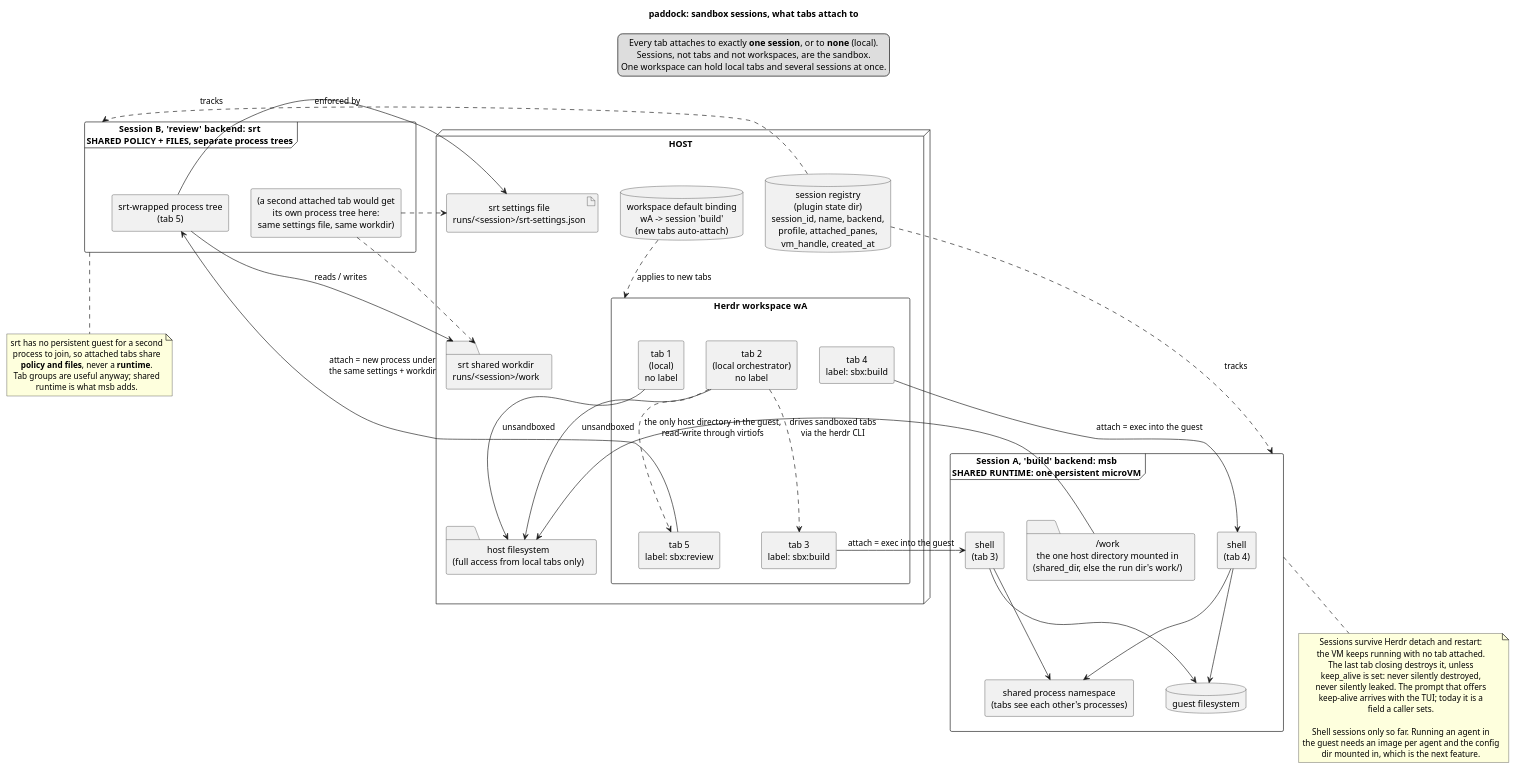
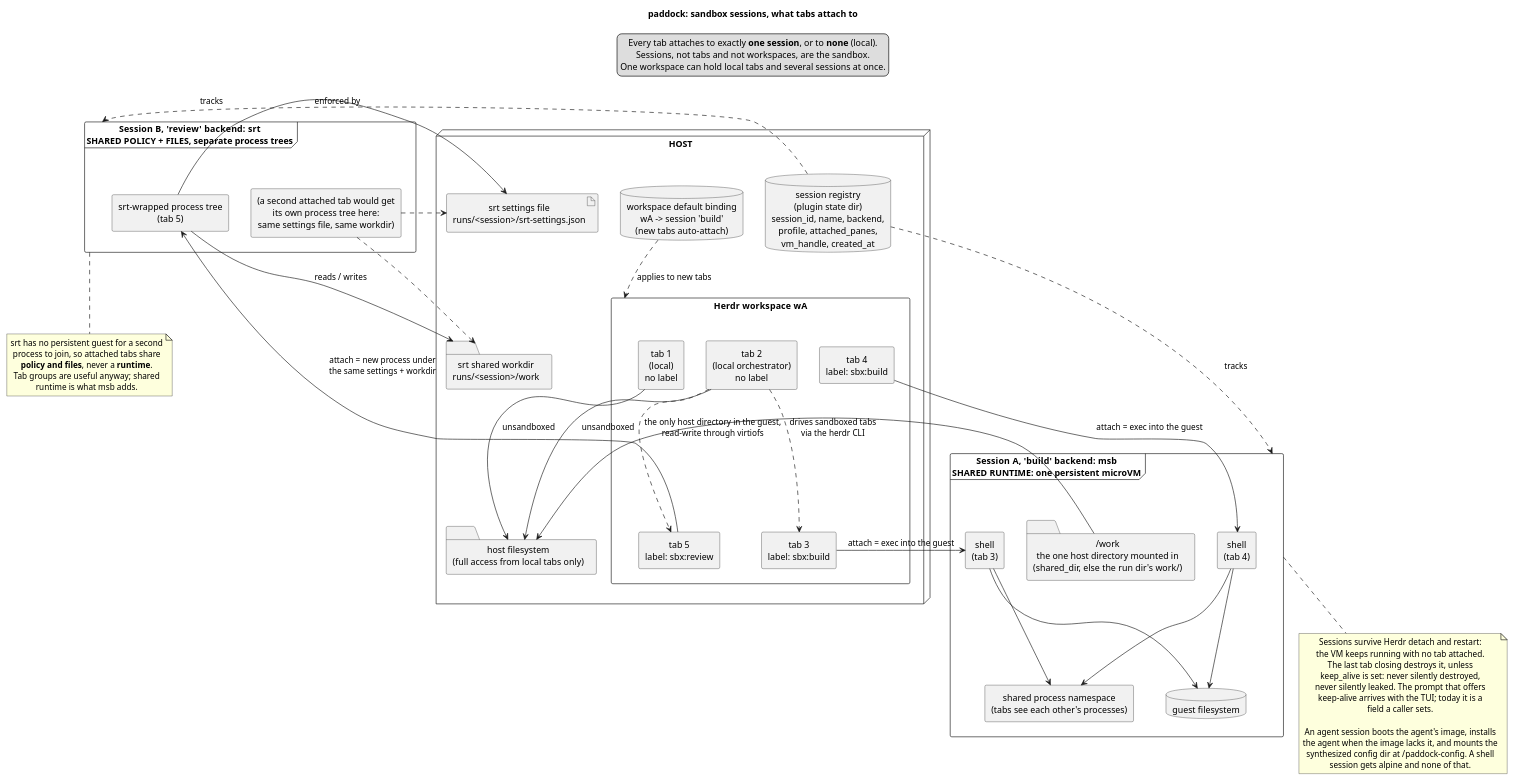
One commit to paddock-sh/paddock changed the diagram in docs/diagrams/scoping_model.puml. Above: the diagram before and after it, drawn with PlantUML. The commit also changed 11 other files, not shown here.

```diff
--- a/docs/diagrams/scoping_model.puml
+++ b/docs/diagrams/scoping_model.puml
@@ -1,93 +1,94 @@
 @startuml scoping_model
 title paddock: sandbox sessions, what tabs attach to
 
 skinparam componentStyle rectangle
 skinparam shadowing false
 skinparam defaultTextAlignment center
 
 legend top
   Every tab attaches to exactly **one session**, or to **none** (local).
   Sessions, not tabs and not workspaces, are the sandbox.
   One workspace can hold local tabs and several sessions at once.
 endlegend
 
 node "HOST" as Host {
 
   component "Herdr workspace  wA" as Ws {
     component "tab 1\n(local)\nno label" as T1
     component "tab 2\n(local orchestrator)\nno label" as T2
     component "tab 3\nlabel: sbx:build" as T3
     component "tab 4\nlabel: sbx:build" as T4
     component "tab 5\nlabel: sbx:review" as T5
   }
 
   database "session registry\n(plugin state dir)\nsession_id, name, backend,\nprofile, attached_panes,\nvm_handle, created_at" as Registry
 
   database "workspace default binding\nwA -> session 'build'\n(new tabs auto-attach)" as Binding
 
   folder "host filesystem\n(full access from local tabs only)" as HostFs
 
   folder "srt shared workdir\nruns/<session>/work" as SrtWork
   artifact "srt settings file\nruns/<session>/srt-settings.json" as SrtSettings
 }
 
 frame "Session A, 'build'   backend: msb\nSHARED RUNTIME: one persistent microVM" as SessionA {
   component "shell\n(tab 3)" as G3
   component "shell\n(tab 4)" as G4
   database "guest filesystem" as GuestFs
   component "shared process namespace\n(tabs see each other's processes)" as GuestProcs
   folder "/work\nthe one host directory mounted in\n(shared_dir, else the run dir's work/)" as GuestWork
 }
 
 frame "Session B, 'review'   backend: srt\nSHARED POLICY + FILES, separate process trees" as SessionB {
   component "srt-wrapped process tree\n(tab 5)" as P5
   component "(a second attached tab would get\nits own process tree here:\nsame settings file, same workdir)" as P6
 }
 
 T1 --> HostFs : unsandboxed
 T2 --> HostFs : unsandboxed
 T2 ..> T3 : drives sandboxed tabs\nvia the herdr CLI
 T2 ..> T5
 
 T3 --> G3 : attach = exec into the guest
 T4 --> G4 : attach = exec into the guest
 G3 --> GuestFs
 G4 --> GuestFs
 G3 --> GuestProcs
 G4 --> GuestProcs
 GuestWork --> HostFs : the only host directory in the guest,\nread-write through virtiofs
 
 T5 --> P5 : attach = new process under\nthe same settings + workdir
 P5 --> SrtSettings : enforced by
 P6 ..> SrtSettings
 P5 --> SrtWork : reads / writes
 P6 ..> SrtWork
 SrtWork -[hidden]- HostFs
 
 Registry ..> SessionA : tracks
 Registry ..> SessionB : tracks
 Binding ..> Ws : applies to new tabs
 
 note bottom of SessionA
   Sessions survive Herdr detach and restart:
   the VM keeps running with no tab attached.
   The last tab closing destroys it, unless
   keep_alive is set: never silently destroyed,
   never silently leaked. The prompt that offers
   keep-alive arrives with the TUI; today it is a
   field a caller sets.
 
-  Shell sessions only so far. Running an agent in
-  the guest needs an image per agent and the config
-  dir mounted in, which is the next feature.
+  An agent session boots the agent's image, installs
+  the agent when the image lacks it, and mounts the
+  synthesized config dir at /paddock-config. A shell
+  session gets alpine and none of that.
 end note
 
 note bottom of SessionB
   srt has no persistent guest for a second
   process to join, so attached tabs share
   **policy and files**, never a **runtime**.
   Tab groups are useful anyway; shared
   runtime is what msb adds.
 end note
 
 @enduml
```
